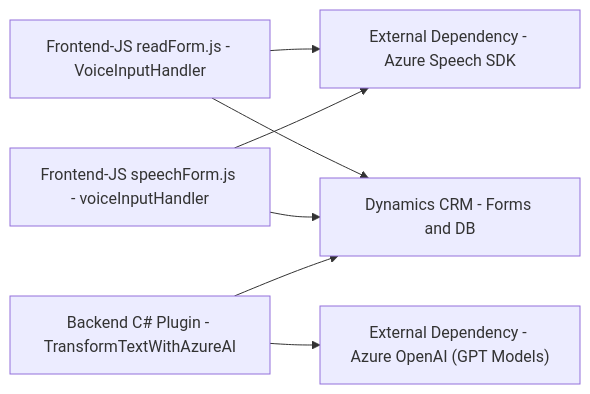
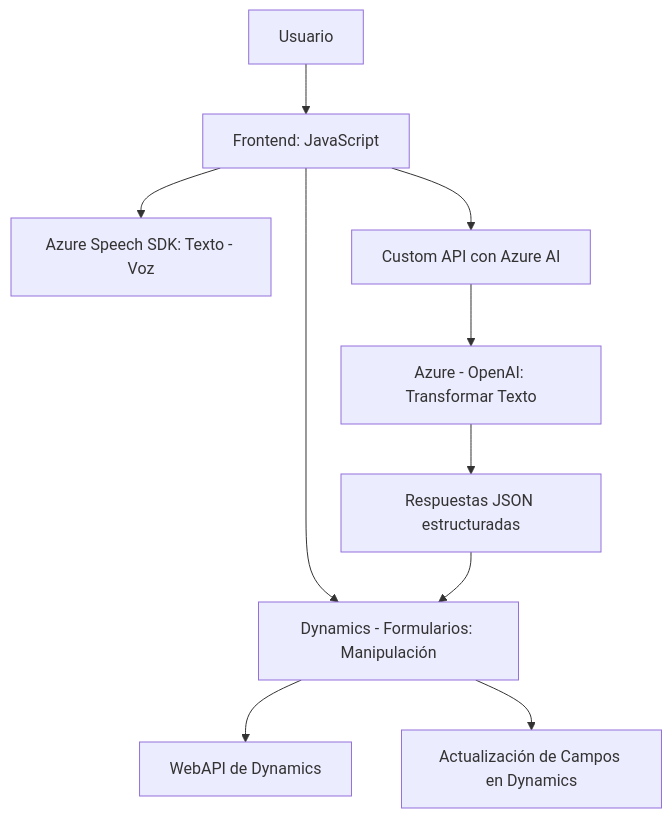
Before and after one commit to blopezdm/NETCORE_BILBAO2025: the diagram in README.md, drawn with Mermaid. The commit also changed other lines of this file, not shown here.

Commit message:
Actualizar análisis global de la solución con IA

````diff
--- a/README.md
+++ b/README.md
@@ -69,16 +45,12 @@
 ```mermaid
-graph LR
-    A["Frontend-JS readForm.js - VoiceInputHandler"]
-    B["Frontend-JS speechForm.js - voiceInputHandler"]
-    C["Backend C# Plugin - TransformTextWithAzureAI"]
-    D["External Dependency - Azure Speech SDK"]
-    E["External Dependency - Azure OpenAI (GPT Models)"]
-    F["Dynamics CRM - Forms and DB"]
-    
-    A --> F
-    B --> F
-    C --> F
-    A --> D
-    B --> D
-    C --> E
+graph TD
+  A["Usuario"] --> B["Frontend: JavaScript"]
+  B --> C["Azure Speech SDK: Texto - Voz"]
+  B --> D["Dynamics - Formularios: Manipulación"]
+  D --> E["WebAPI de Dynamics"]
+  B --> F["Custom API con Azure AI"]
+  F --> G["Azure - OpenAI: Transformar Texto"]
+  G --> H["Respuestas JSON estructuradas"]
+  H --> D
+  D --> I["Actualización de Campos en Dynamics"]
 ```
````
